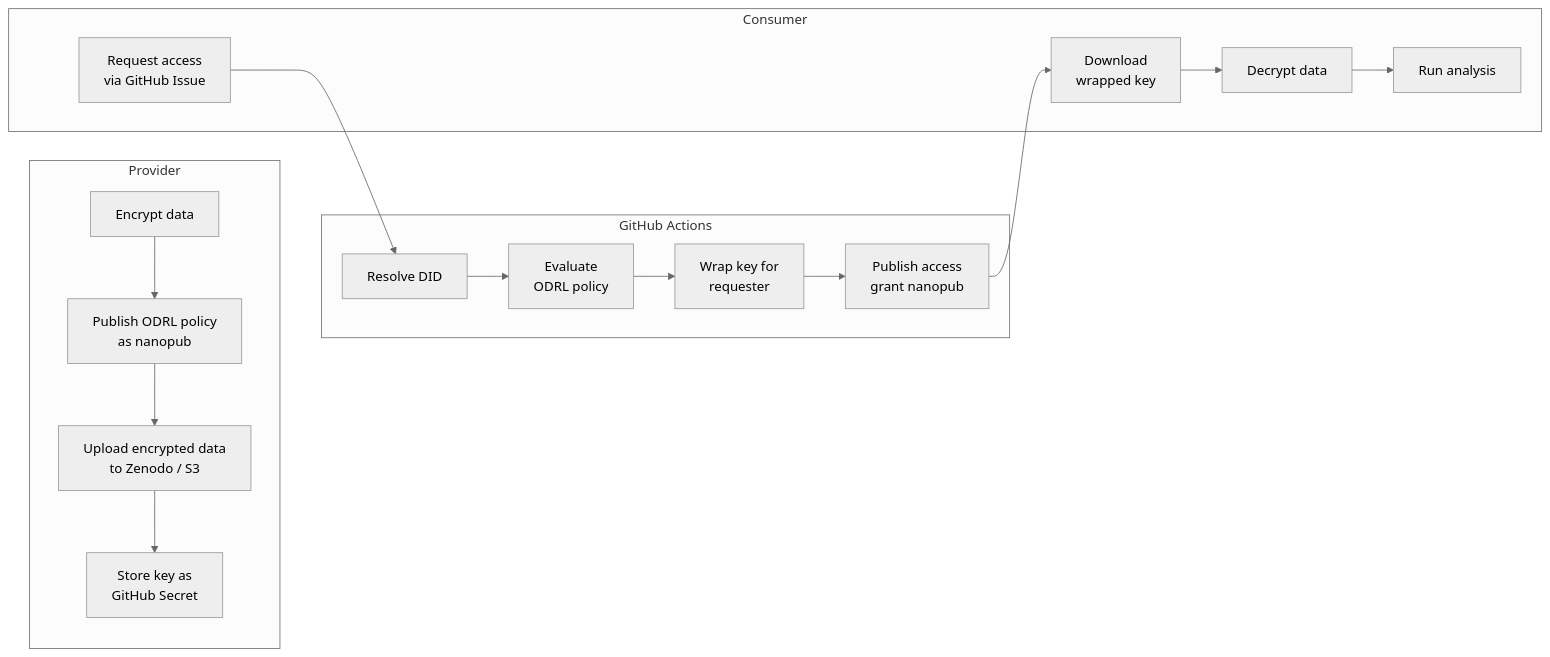
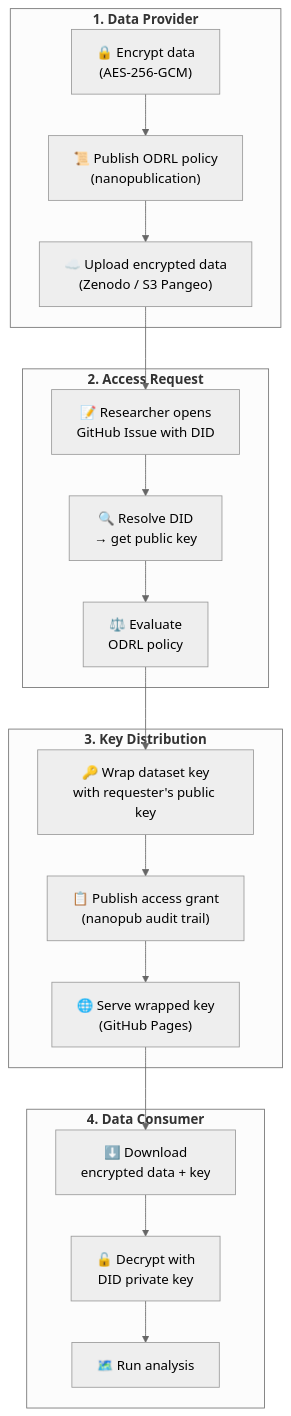
The diagram in docs/index.md (FAIR2Adapt/fair-data-access), drawn with Mermaid (neutral theme) before and after one commit.

Commit message:
Improve How it works diagram readability
Switch from horizontal to vertical layout with 4 clear phases,
larger text, and fewer nodes per row.

````diff
--- a/docs/index.md
+++ b/docs/index.md
@@ -16,21 +16,34 @@
 ```{mermaid}
-flowchart LR
-    subgraph Provider
-        A[Encrypt data] --> B[Publish ODRL policy\nas nanopub]
-        B --> C[Upload encrypted data\nto Zenodo / S3]
-        C --> D[Store key as\nGitHub Secret]
+flowchart TD
+    subgraph "<b>1. Data Provider</b>"
+        A["🔒 Encrypt data<br/>(AES-256-GCM)"]
+        B["📜 Publish ODRL policy<br/>(nanopublication)"]
+        C["☁️ Upload encrypted data<br/>(Zenodo / S3 Pangeo)"]
+        A --> B --> C
     end
 
-    subgraph GitHub Actions
-        E[Resolve DID] --> F[Evaluate\nODRL policy]
-        F --> G[Wrap key for\nrequester]
-        G --> H[Publish access\ngrant nanopub]
+    subgraph "<b>2. Access Request</b>"
+        D["📝 Researcher opens<br/>GitHub Issue with DID"]
+        E["🔍 Resolve DID<br/>→ get public key"]
+        F["⚖️ Evaluate<br/>ODRL policy"]
+        D --> E --> F
     end
 
-    subgraph Consumer
-        I[Request access\nvia GitHub Issue] --> E
-        H --> J[Download\nwrapped key]
-        J --> K[Decrypt data]
-        K --> L[Run analysis]
+    subgraph "<b>3. Key Distribution</b>"
+        G["🔑 Wrap dataset key<br/>with requester's public key"]
+        H["📋 Publish access grant<br/>(nanopub audit trail)"]
+        I["🌐 Serve wrapped key<br/>(GitHub Pages)"]
+        G --> H --> I
     end
+
+    subgraph "<b>4. Data Consumer</b>"
+        J["⬇️ Download<br/>encrypted data + key"]
+        K["🔓 Decrypt with<br/>DID private key"]
+        L["🗺️ Run analysis"]
+        J --> K --> L
+    end
+
+    C --> D
+    F --> G
+    I --> J
 ```
````
